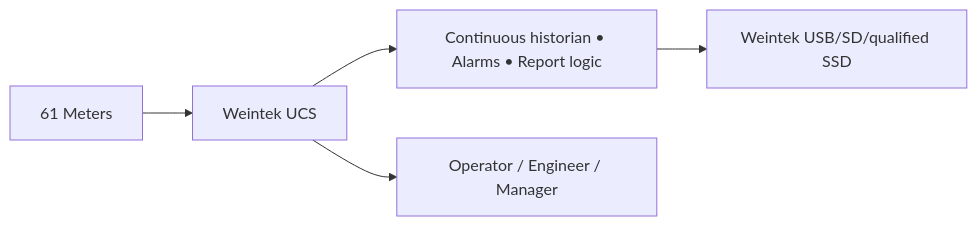
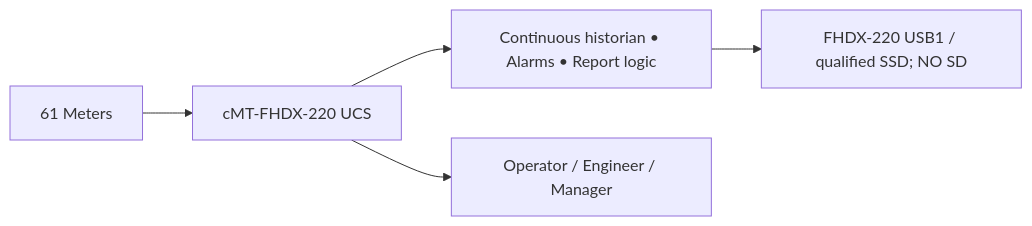
The diagram in docs/OWNER_DASHBOARD.md (raohassandev/Weintek-Macro-Javascript-based-reporting), drawn with Mermaid before and after one commit. The commit also changed other lines of this file and 14 other files, not shown here.

Commit message:
docs: select cMT-FHDX-220 as UCS hardware target (#36)

````diff
--- a/docs/OWNER_DASHBOARD.md
+++ b/docs/OWNER_DASHBOARD.md
@@ -9,7 +9,7 @@
 ```mermaid
 flowchart LR
- M["61 Meters"] --> W["Weintek UCS"]
+ M["61 Meters"] --> W["cMT-FHDX-220 UCS"]
  W --> S["Continuous historian • Alarms • Report logic"]
  W --> H["Operator / Engineer / Manager"]
- S --> USB["Weintek USB/SD/qualified SSD"]
+ S --> USB["FHDX-220 USB1 / qualified SSD; NO SD"]
 ```
````
